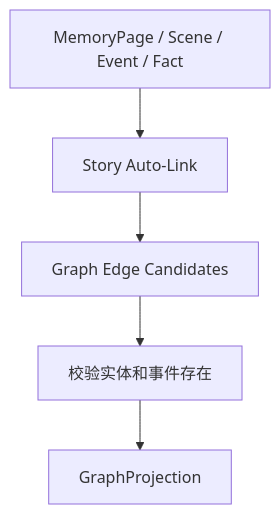
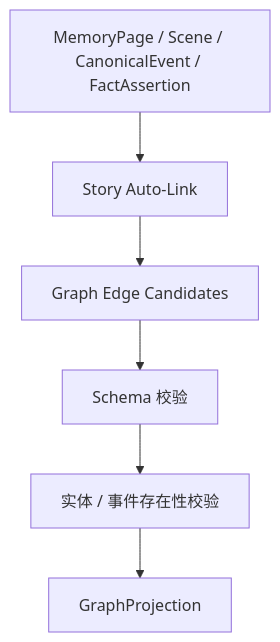
One commit to FrankQDWang/sextantlabs changed the first of 6 diagrams in goals/19-story-auto-link.md. Above: the diagram before and after it, drawn with Mermaid. The commit also changed other lines of this file, not shown here.

Commit message:
Align story auto-link with canonical relation schema

````diff
--- a/goals/19-story-auto-link.md
+++ b/goals/19-story-auto-link.md
@@ -11,7 +9,8 @@
 ```mermaid
 flowchart TD
-    A[MemoryPage / Scene / Event / Fact] --> B[Story Auto-Link]
+    A[MemoryPage / Scene / CanonicalEvent / FactAssertion] --> B[Story Auto-Link]
     B --> C[Graph Edge Candidates]
-    C --> D[校验实体和事件存在]
-    D --> E[GraphProjection]
+    C --> D[Schema 校验]
+    D --> E[实体 / 事件存在性校验]
+    E --> F[GraphProjection]
 ```
````
